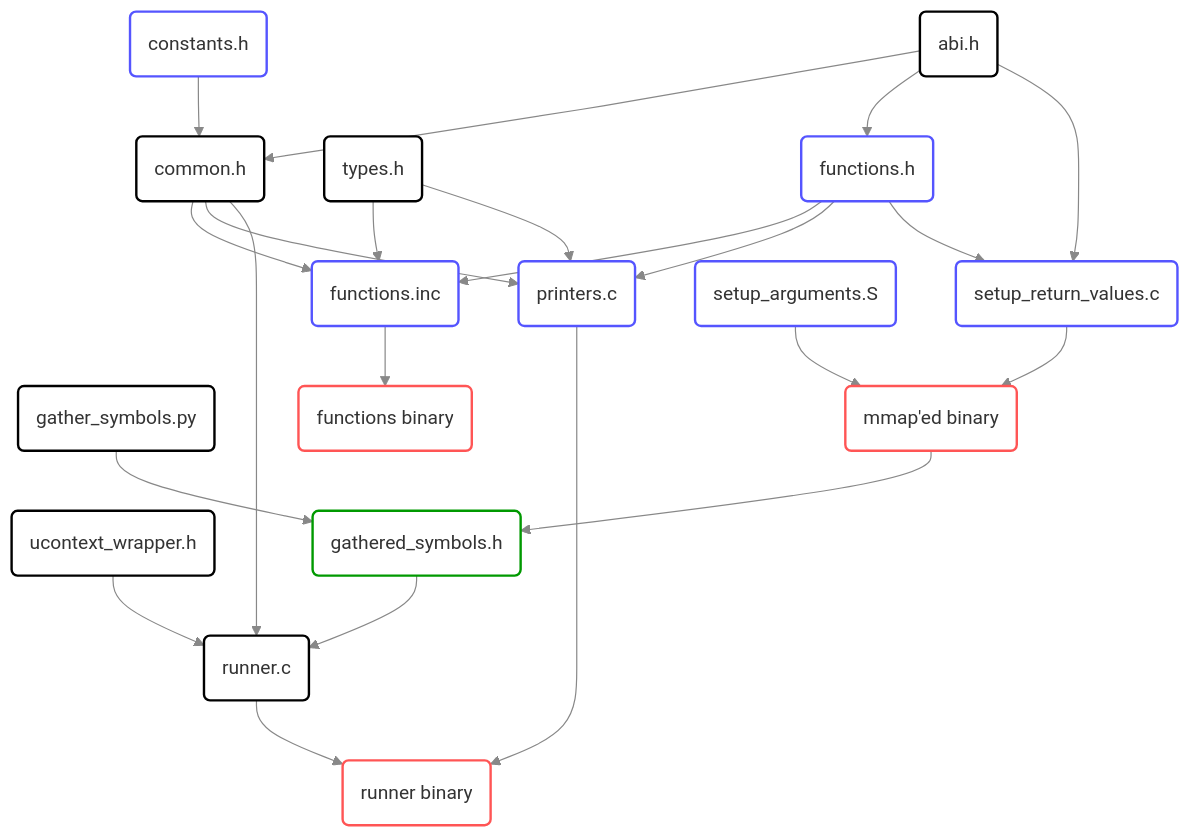
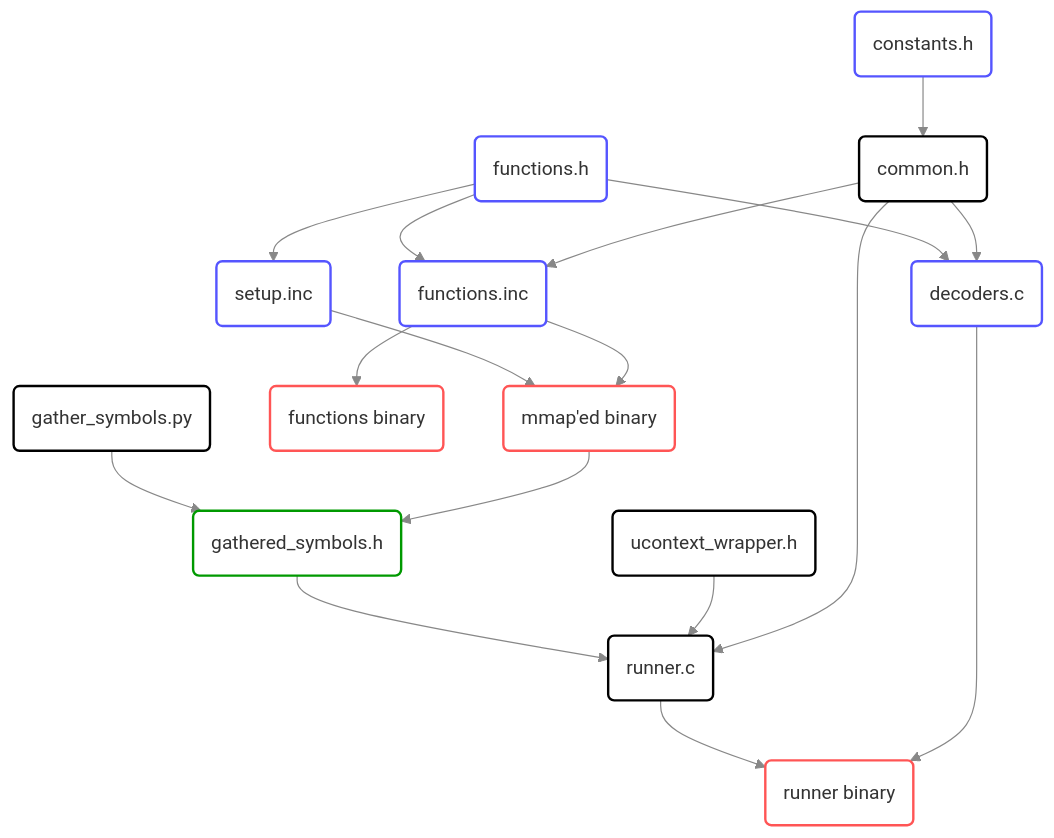
One commit to revng/revng-qa changed the diagram in scripts/abi_artifact_generator/templates/README.md. Above: the diagram before and after it, drawn with Mermaid. The commit also changed other lines of this file and 4 other files, not shown here.

````diff
--- a/scripts/abi_artifact_generator/templates/README.md
+++ b/scripts/abi_artifact_generator/templates/README.md
@@ -5,62 +5,52 @@
 ```mermaid
 graph TB
   linkStyle default stroke: #888
   classDef black fill: #fff, stroke: #000, stroke-width: 2px
   classDef red fill: #fff, stroke: #f55, stroke-width: 2px
   classDef blue fill: #fff, stroke: #55f, stroke-width: 2px
   classDef green fill: #fff, stroke: #090, stroke-width: 2px
 
-  abi.h(abi.h)
   common.h(common.h)
-  types.h(types.h)
   ucontext_wrapper.h(ucontext_wrapper.h)
   runner.c(runner.c)
   gather_symbols.py(gather_symbols.py)
-  class abi.h,common.h,types.h,ucontext_wrapper.h,runner.c,gather_symbols.py black
+  class common.h,ucontext_wrapper.h,runner.c,gather_symbols.py black
 
   functions.h(functions.h)
   functions.inc(functions.inc)
-  printers.c(printers.c)
-  setup_return_values.c(setup_return_values.c)
-  setup_arguments.S(setup_arguments.S)
+  decoders.c(decoders.c)
+  setup.inc(setup.inc)
   constants.h(constants.h)
-  class constants.h,functions.h,functions.inc,printers.c,setup_arguments.S,setup_return_values.c blue
+  class constants.h,functions.h,functions.inc,decoders.c,setup.inc blue
 
   gathered_symbols.h(gathered_symbols.h)
   class gathered_symbols.h green
 
   fb(functions binary)
   rb(runner binary)
   mb(mmap'ed binary)
   class fb,rb,mb red
 
-  abi.h --> common.h
-  abi.h --> functions.h
-
   constants.h --> common.h
 
   common.h --> functions.inc
   functions.h --> functions.inc
-  types.h --> functions.inc
   functions.inc --> fb
 
-  common.h --> printers.c
-  functions.h --> printers.c
-  types.h --> printers.c
-  printers.c --> rb
+  common.h --> decoders.c
+  functions.h --> decoders.c
+  decoders.c --> rb
 
-  setup_arguments.S --> mb
-
-  abi.h --> setup_return_values.c
-  functions.h --> setup_return_values.c
-  setup_return_values.c --> mb
+  functions.h --> setup.inc
+  functions.inc --> mb
+  setup.inc --> mb
 
   common.h --> runner.c
   ucontext_wrapper.h --> runner.c
   runner.c --> rb
 
   mb --> gathered_symbols.h
   gather_symbols.py --> gathered_symbols.h
 
   gathered_symbols.h --> runner.c
 ```
````
